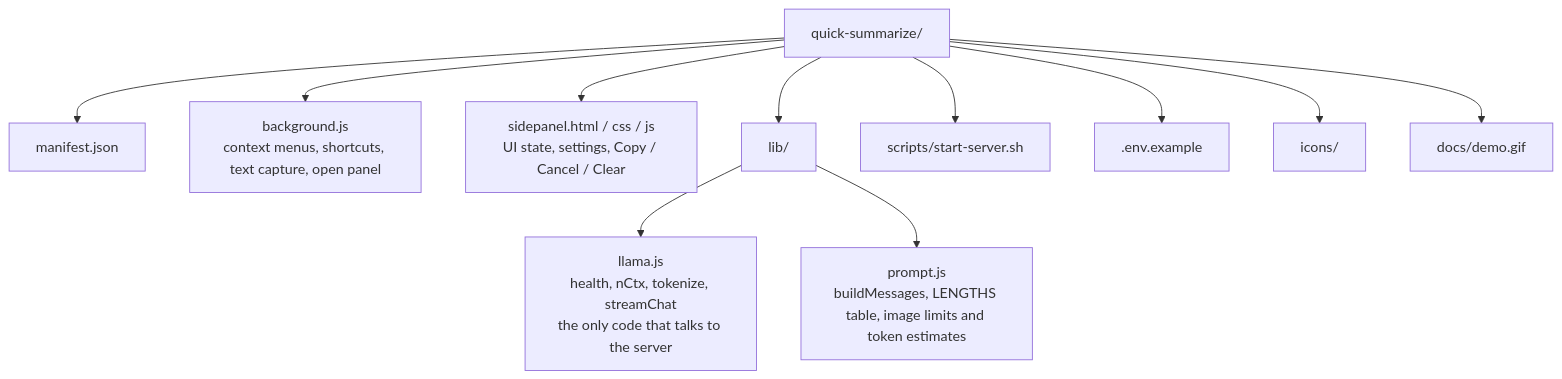
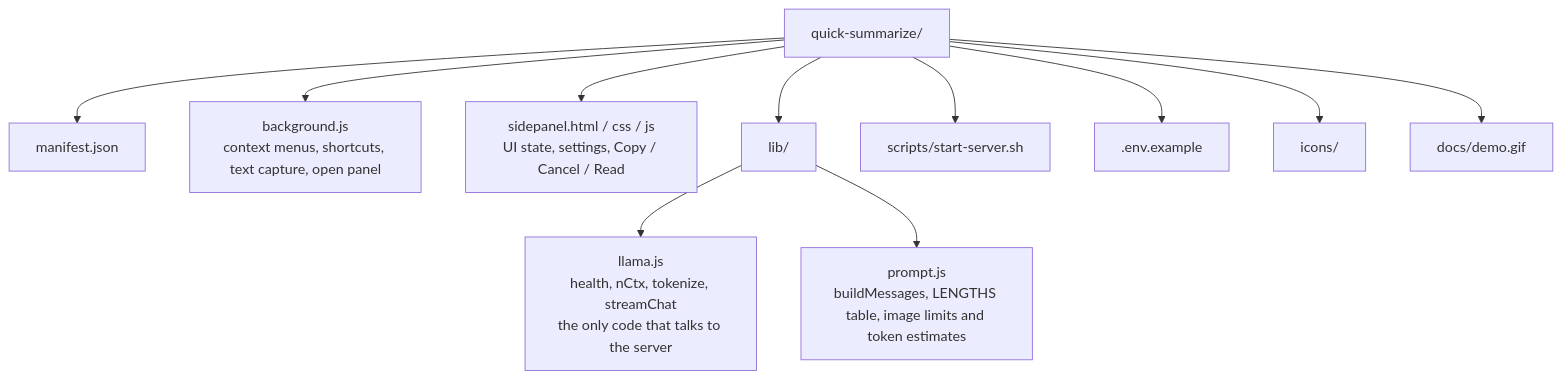
One commit to SeanLangre/quick-summarize changed the second of 3 diagrams in README.md. Above: the diagram before and after it, drawn with Mermaid. The commit also changed other lines of this file and 9 other files, not shown here.

````diff
--- a/README.md
+++ b/README.md
@@ -85,14 +85,14 @@
 ```mermaid
 flowchart TD
     root["quick-summarize/"]
     root --> manifest["manifest.json"]
     root --> bg["background.js<br/>context menus, shortcuts, text capture, open panel"]
-    root --> sp["sidepanel.html / css / js<br/>UI state, settings, Copy / Cancel / Clear"]
+    root --> sp["sidepanel.html / css / js<br/>UI state, settings, Copy / Cancel / Read"]
     root --> lib["lib/"]
     lib --> llama["llama.js<br/>health, nCtx, tokenize, streamChat<br/>the only code that talks to the server"]
     lib --> prompt["prompt.js<br/>buildMessages, LENGTHS table, image limits and token estimates"]
     root --> scripts["scripts/start-server.sh"]
     root --> env[".env.example"]
     root --> icons["icons/"]
     root --> docs["docs/demo.gif"]
 ```
````
